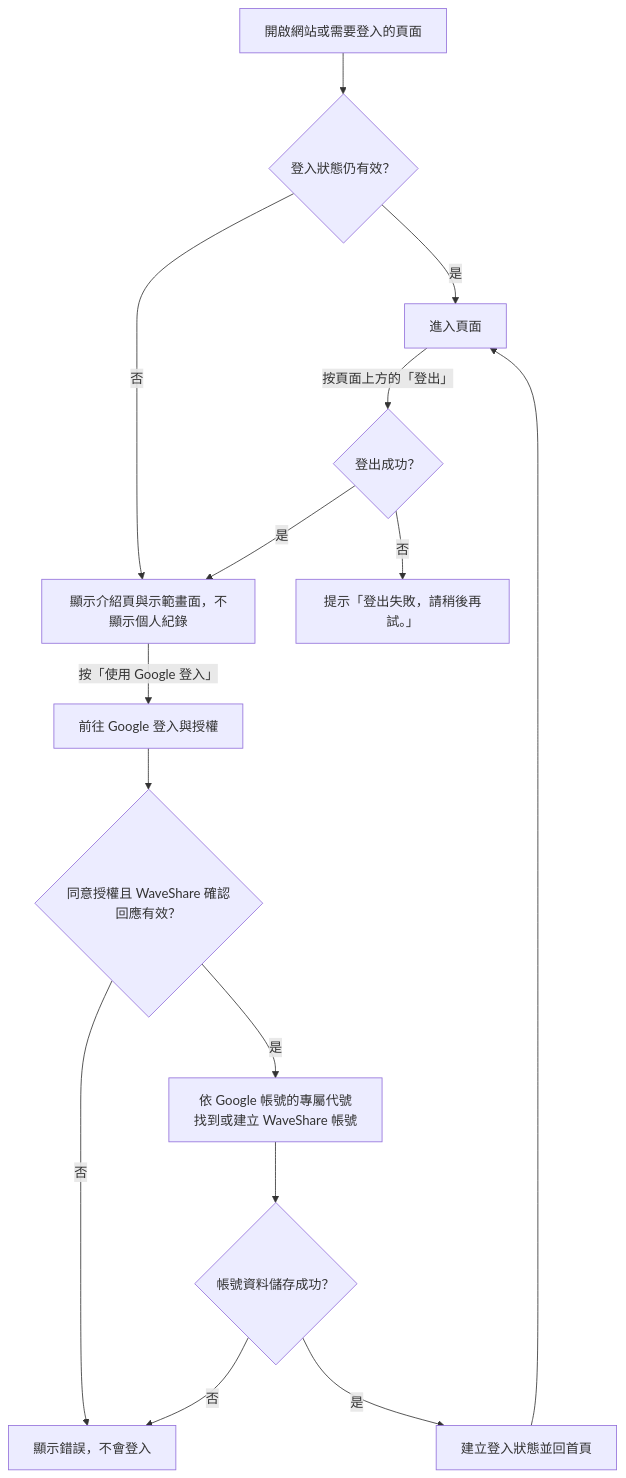
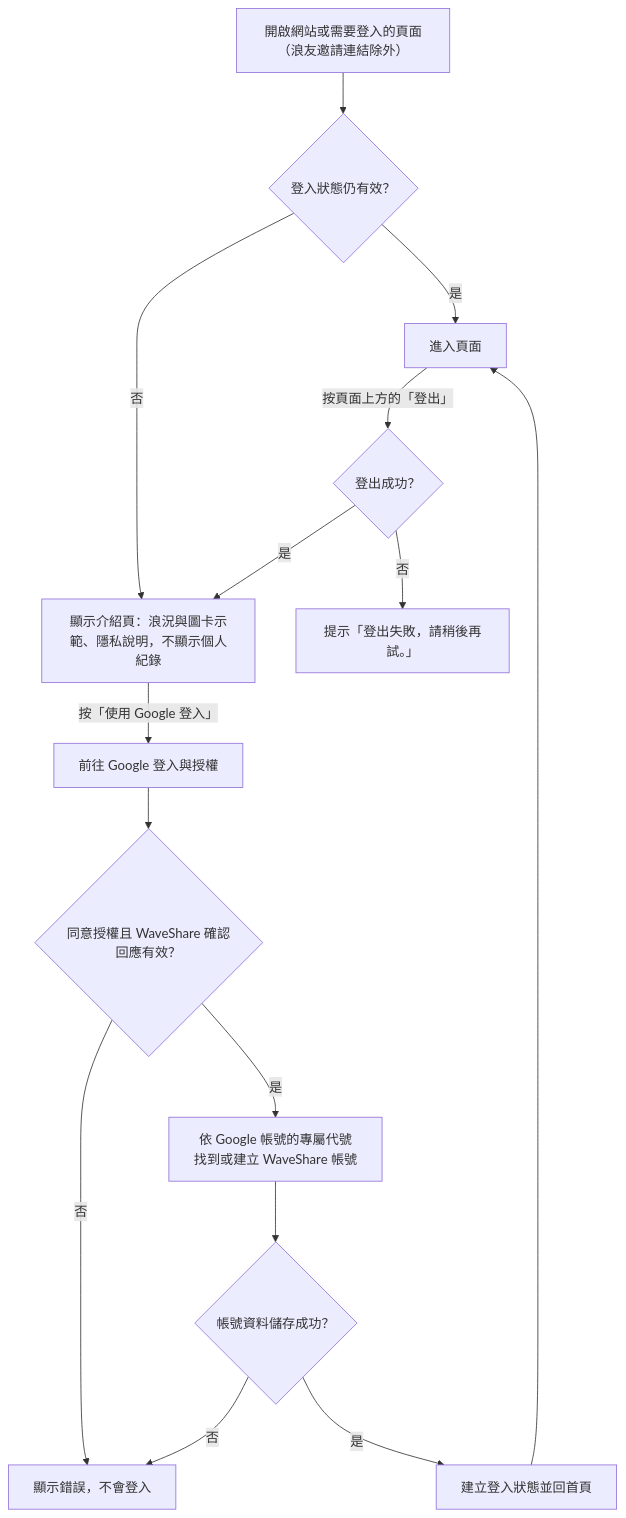
One commit to ChristingChang/waveshare changed the first of 8 diagrams in docs/flows.md. Above: the diagram before and after it, drawn with Mermaid. The commit also changed other lines of this file and 4 other files, not shown here.

````diff
--- a/docs/flows.md
+++ b/docs/flows.md
@@ -9,17 +9,17 @@
 ```mermaid
 flowchart TD
-    A["開啟網站或需要登入的頁面"] --> B{"登入狀態仍有效？"}
+    A["開啟網站或需要登入的頁面（浪友邀請連結除外）"] --> B{"登入狀態仍有效？"}
     B -->|是| C["進入頁面"]
-    B -->|否| K["顯示介紹頁與示範畫面，不顯示個人紀錄"]
+    B -->|否| K["顯示介紹頁：浪況與圖卡示範、隱私說明，不顯示個人紀錄"]
     K -->|按「使用 Google 登入」| D["前往 Google 登入與授權"]
     D --> E{"同意授權且 WaveShare 確認回應有效？"}
     E -->|否| F["顯示錯誤，不會登入"]
     E -->|是| G["依 Google 帳號的專屬代號找到或建立 WaveShare 帳號"]
     G --> H{"帳號資料儲存成功？"}
     H -->|否| F
     H -->|是| I["建立登入狀態並回首頁"]
     I --> C
     C -->|按頁面上方的「登出」| J{"登出成功？"}
     J -->|是| K
     J -->|否| L["提示「登出失敗，請稍後再試。」"]
 ```
````
